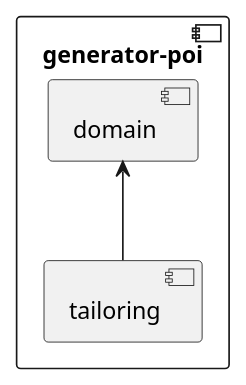
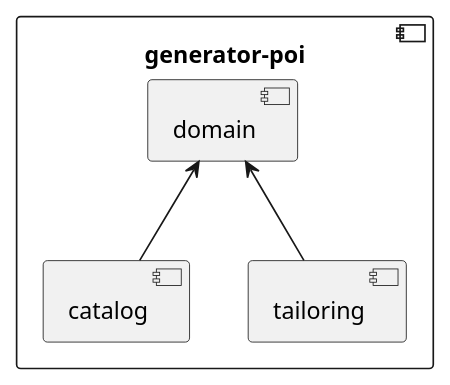
The diagram in src/site/arc42/plantuml/poi/Ebene2.plantuml (tailoringexpert/platform), drawn with PlantUML before and after one commit. The commit also changed 33 other files, not shown here.

```diff
--- a/src/site/arc42/plantuml/poi/Ebene2.plantuml
+++ b/src/site/arc42/plantuml/poi/Ebene2.plantuml
@@ -1,15 +1,18 @@
 @startuml Ebene2.png
 
 skinparam componentStyle uml2
 'skinparam component {
 '  BorderColor #grey
 '  BackgroundColor #white
 '}
 component [generator-poi] {
     [domain]
 
+    [catalog]
+    [domain] <-- [catalog]
+
     [tailoring]
     [domain] <-- [tailoring]
 
 }
 @enduml
```
